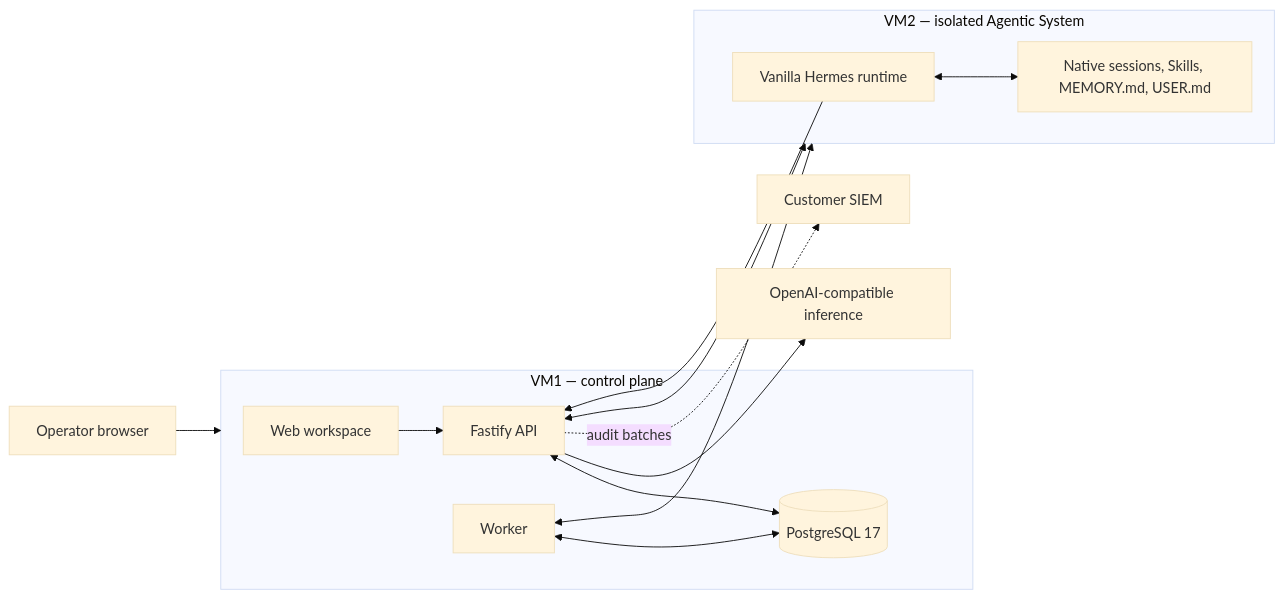
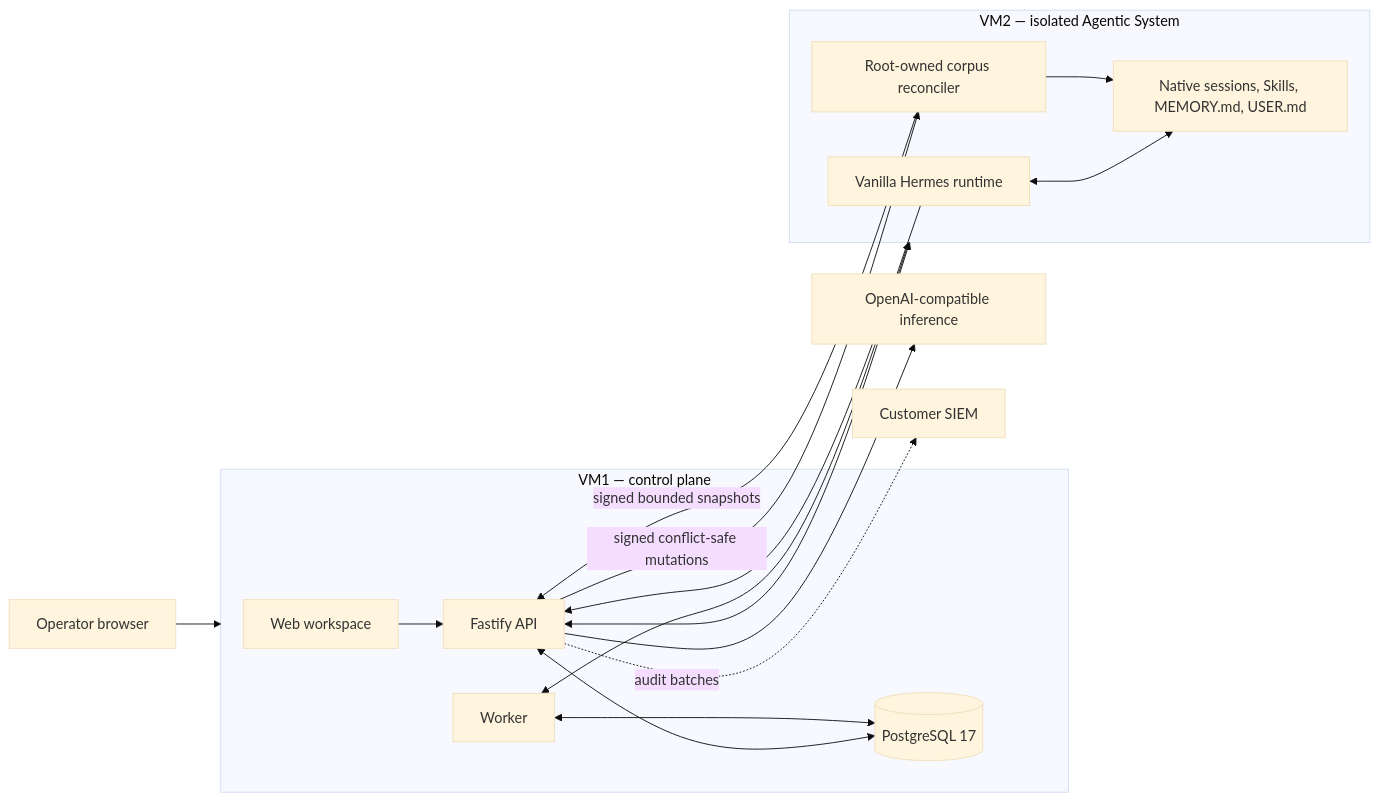
Before and after one commit to multichainerz/AI: the diagram in docs/ARCHITECTURE.md, drawn with Mermaid (base theme). The commit also changed other lines of this file and 57 other files, not shown here.

````diff
--- a/docs/ARCHITECTURE.md
+++ b/docs/ARCHITECTURE.md
@@ -7,19 +7,23 @@
 ```mermaid
 flowchart LR
   Browser[Operator browser] --> VM1
   subgraph VM1[VM1 — control plane]
     Web[Web workspace] --> API[Fastify API]
     API <--> PG[(PostgreSQL 17)]
     Worker[Worker] <--> PG
   end
   API <--> VM2
   Worker <--> VM2
   subgraph VM2[VM2 — isolated Agentic System]
     Hermes[Vanilla Hermes runtime]
     Native[Native sessions, Skills, MEMORY.md, USER.md]
+    Corpus[Root-owned corpus reconciler]
     Hermes <--> Native
+    Corpus --> Native
   end
+  Corpus -->|signed bounded snapshots| API
+  API -->|signed conflict-safe mutations| Corpus
   API --> Inference[OpenAI-compatible inference]
   Hermes --> API
   API -. audit batches .-> SIEM[Customer SIEM]
 ```
````
